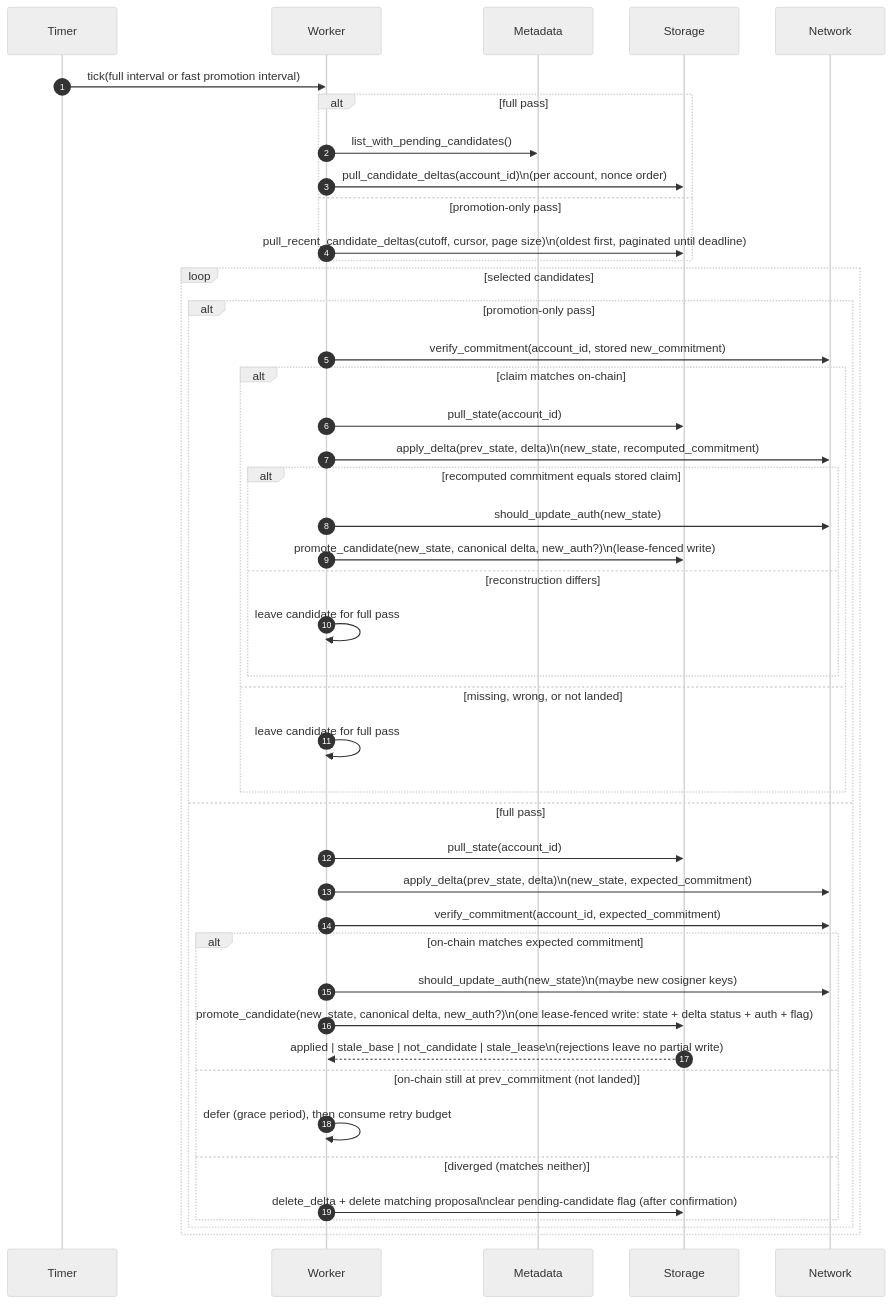
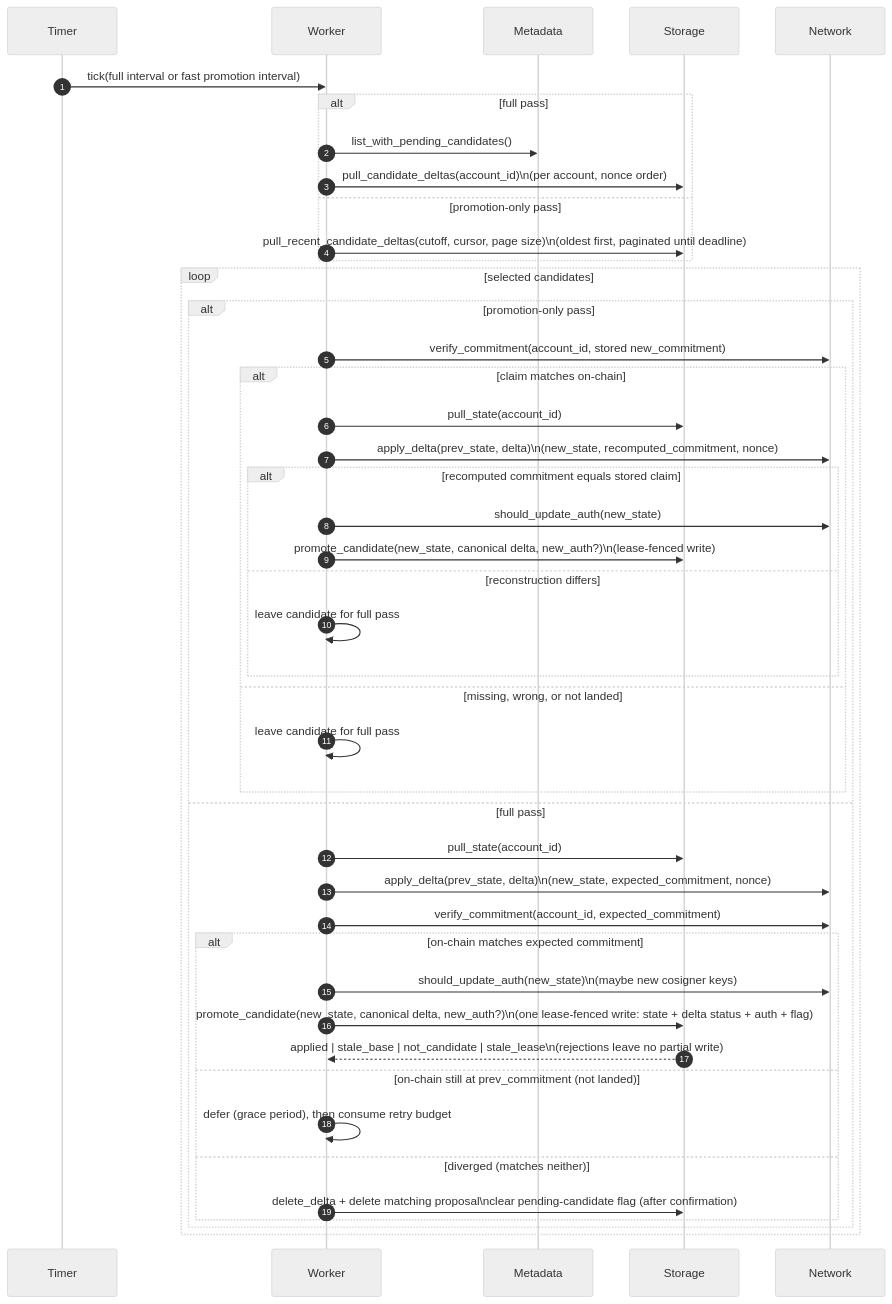
Diagram 11 of 11 in spec/processes.md (OpenZeppelin/guardian), drawn with Mermaid (neutral theme) before and after one commit. The commit also changed other lines of this file and 37 other files, not shown here.

````diff
--- a/spec/processes.md
+++ b/spec/processes.md
@@ -399,46 +405,46 @@
 ```mermaid
 sequenceDiagram
   autonumber
   participant T as Timer
   participant W as Worker
   participant M as Metadata
   participant ST as Storage
   participant N as Network
   T->>W: tick(full interval or fast promotion interval)
   alt full pass
     W->>M: list_with_pending_candidates()
     W->>ST: pull_candidate_deltas(account_id)\n(per account, nonce order)
   else promotion-only pass
     W->>ST: pull_recent_candidate_deltas(cutoff, cursor, page size)\n(oldest first, paginated until deadline)
   end
   loop selected candidates
     alt promotion-only pass
       W->>N: verify_commitment(account_id, stored new_commitment)
       alt claim matches on-chain
         W->>ST: pull_state(account_id)
-        W->>N: apply_delta(prev_state, delta)\n(new_state, recomputed_commitment)
+        W->>N: apply_delta(prev_state, delta)\n(new_state, recomputed_commitment, nonce)
         alt recomputed commitment equals stored claim
           W->>N: should_update_auth(new_state)
           W->>ST: promote_candidate(new_state, canonical delta, new_auth?)\n(lease-fenced write)
         else reconstruction differs
           W->>W: leave candidate for full pass
         end
       else missing, wrong, or not landed
         W->>W: leave candidate for full pass
       end
     else full pass
       W->>ST: pull_state(account_id)
-      W->>N: apply_delta(prev_state, delta)\n(new_state, expected_commitment)
+      W->>N: apply_delta(prev_state, delta)\n(new_state, expected_commitment, nonce)
       W->>N: verify_commitment(account_id, expected_commitment)
       alt on-chain matches expected commitment
         W->>N: should_update_auth(new_state)\n(maybe new cosigner keys)
         W->>ST: promote_candidate(new_state, canonical delta, new_auth?)\n(one lease-fenced write: state + delta status + auth + flag)
         ST-->>W: applied | stale_base | not_candidate | stale_lease\n(rejections leave no partial write)
       else on-chain still at prev_commitment (not landed)
         W->>W: defer (grace period), then consume retry budget
       else diverged (matches neither)
         W->>ST: delete_delta + delete matching proposal\nclear pending-candidate flag (after confirmation)
       end
     end
   end
 ```
````
